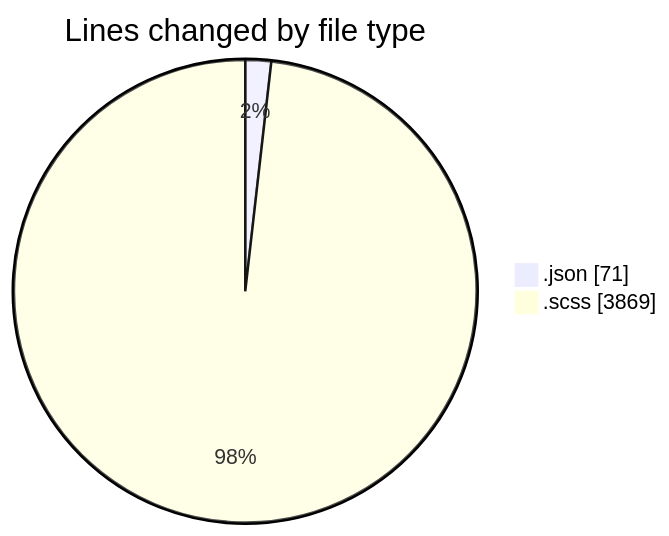
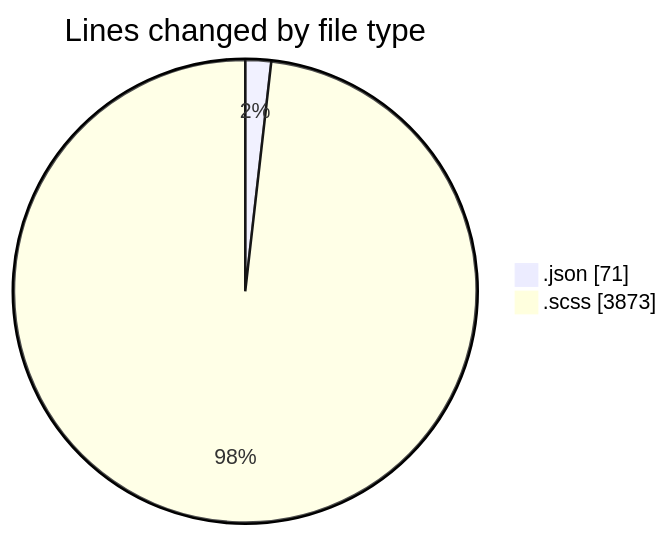
The first of 2 diagrams in 2026-01-22/cda/README.md (momahboobian/code-tracking), drawn with Mermaid before and after one commit. The commit also changed other lines of this file and 1 other file, not shown here.

````diff
--- a/2026-01-22/cda/README.md
+++ b/2026-01-22/cda/README.md
@@ -50,6 +50,6 @@
 ```mermaid
 pie showData
 title Lines changed by file type
 ".json" : 71
-".scss" : 3869
+".scss" : 3873
 ```
````
